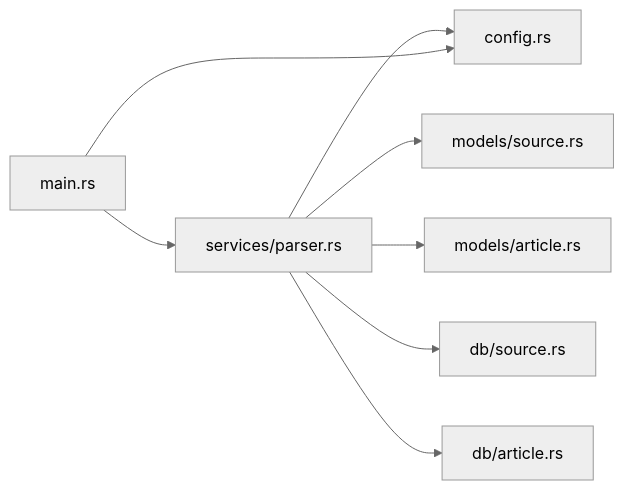
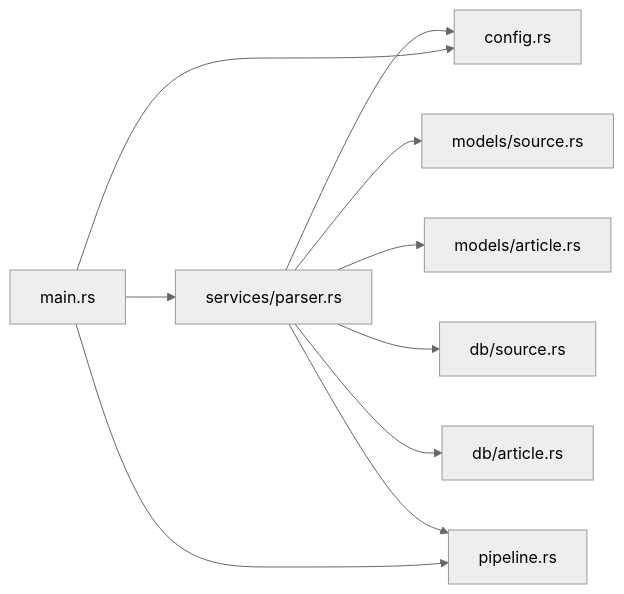
One commit to leimu-hue/AI-Trend-Tool changed the fifth of 5 diagrams in .qoder/repowiki/zh/content/核心模块详解/内容采集模块（Parser）/内容采集模块（Parser）.md. Above: the diagram before and after it, drawn with Mermaid (neutral theme). The commit also changed other lines of this file and 74 other files, not shown here.

````diff
--- a/.qoder/repowiki/zh/content/核心模块详解/内容采集模块（Parser）/内容采集模块（Parser）.md
+++ b/.qoder/repowiki/zh/content/核心模块详解/内容采集模块（Parser）/内容采集模块（Parser）.md
@@ -252,10 +283,12 @@
 ```mermaid
 graph LR
 Parser["services/parser.rs"] --> Config["config.rs"]
 Parser --> ModelSrc["models/source.rs"]
 Parser --> ModelArt["models/article.rs"]
 Parser --> DbSrc["db/source.rs"]
 Parser --> DbArt["db/article.rs"]
+Parser --> Pipeline["pipeline.rs"]
 Main["main.rs"] --> Parser
 Main --> Config
+Main --> Pipeline
 ```
````
